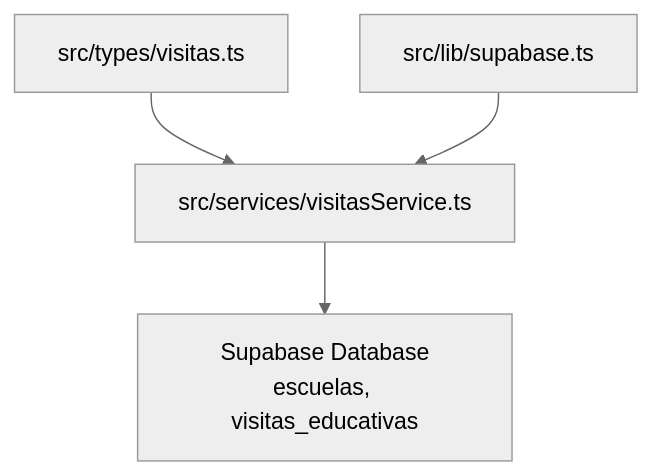
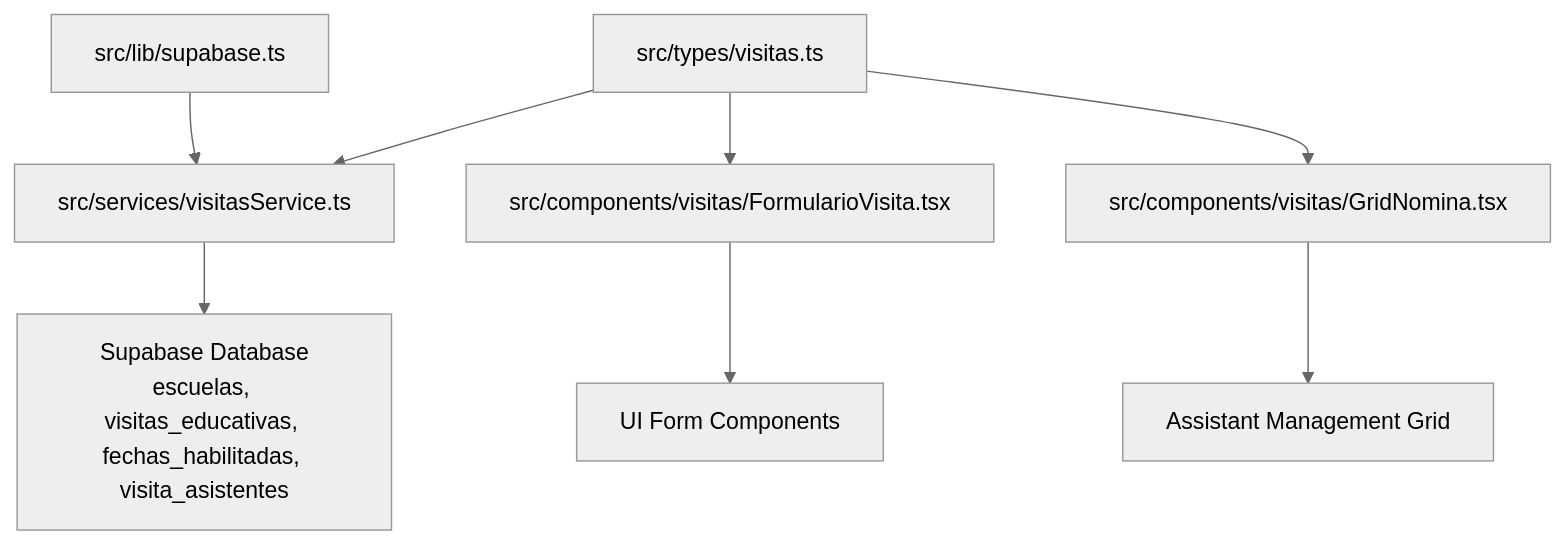
The first of 4 diagrams in .qoder/repowiki/en/content/Data Models & Type System.md (AgusCatra/simu-twin-web), drawn with Mermaid (neutral theme) before and after one commit. The commit also changed other lines of this file and 4 other files, not shown here.

First line of the commit message:
feat(visitas): mejorar tipos y lógica de negocio con gestión de asistentes y fechas habilitadas

````diff
--- a/.qoder/repowiki/en/content/Data Models & Type System.md
+++ b/.qoder/repowiki/en/content/Data Models & Type System.md
@@ -28,6 +37,10 @@
 ```mermaid
 graph TB
 A["src/types/visitas.ts"] --> B["src/services/visitasService.ts"]
 C["src/lib/supabase.ts"] --> B
-B --> D["Supabase Database<br/>escuelas, visitas_educativas"]
+B --> D["Supabase Database<br/>escuelas, visitas_educativas, fechas_habilitadas, visita_asistentes"]
+A --> E["src/components/visitas/FormularioVisita.tsx"]
+A --> F["src/components/visitas/GridNomina.tsx"]
+E --> G["UI Form Components"]
+F --> H["Assistant Management Grid"]
 ```
````
